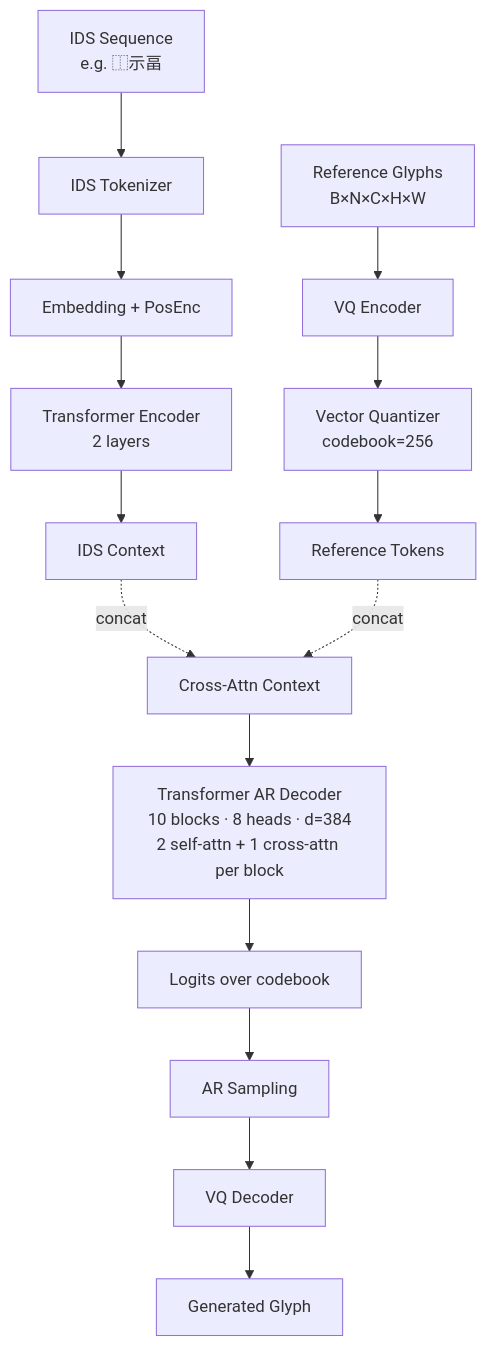
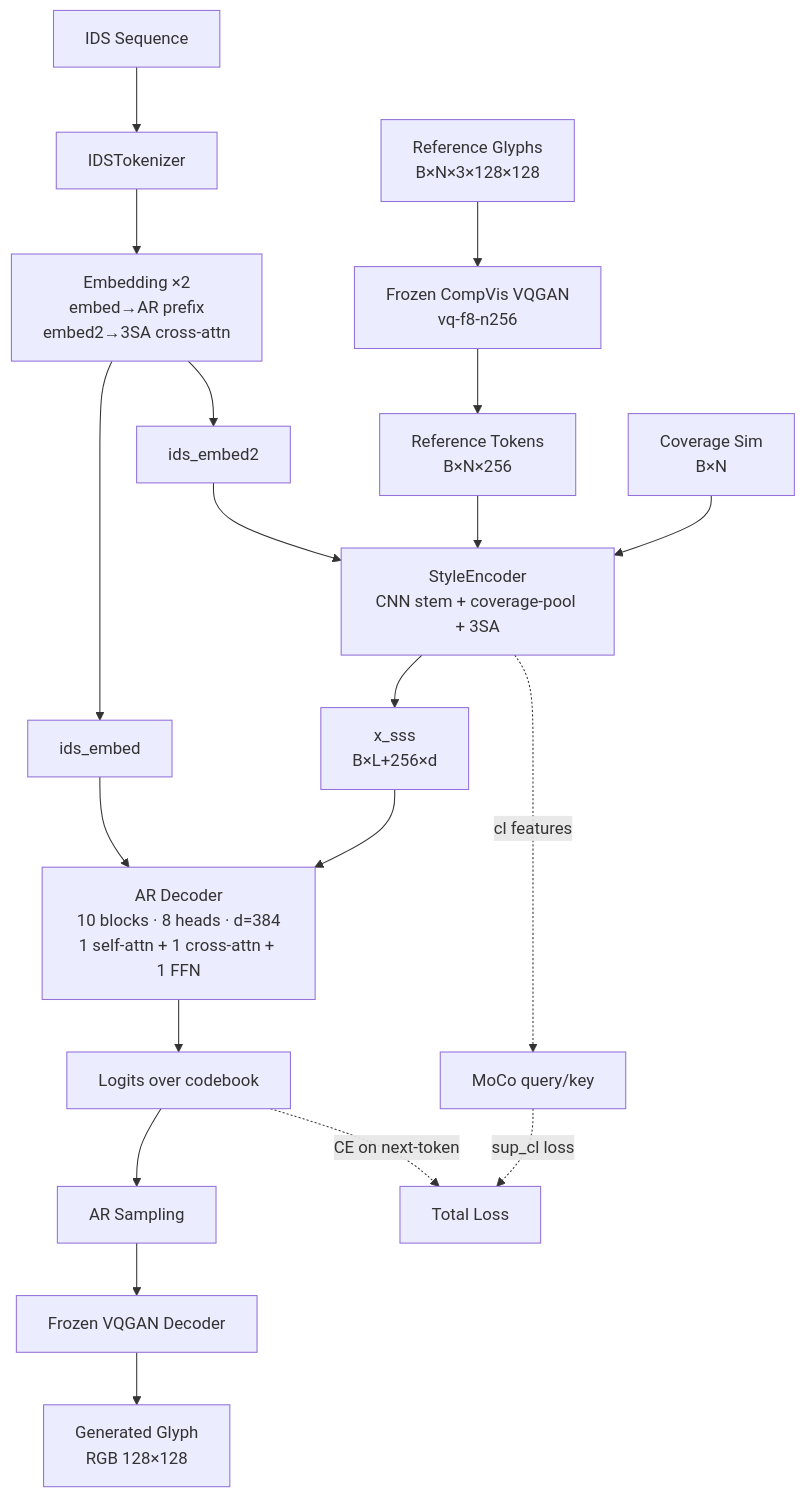
The diagram in papers/03_if_font/paper_notes/03.md (Ayueh0102/paper_reimpl), drawn with Mermaid before and after one commit. The commit also changed other lines of this file and 57 other files, not shown here.

First line of the commit message:
Phase 2 fixes: 4 papers aligned to official architecture

````diff
--- a/papers/03_if_font/paper_notes/03.md
+++ b/papers/03_if_font/paper_notes/03.md
@@ -17,17 +22,22 @@
 ```mermaid
 graph TD
-    R[Reference Glyphs<br/>B×N×C×H×W] --> VQE[VQ Encoder]
-    VQE --> Q[Vector Quantizer<br/>codebook=256]
-    Q --> RT[Reference Tokens]
-    IDS[IDS Sequence<br/>e.g. ⿰示畐] --> TOK[IDS Tokenizer]
-    TOK --> EMB[Embedding + PosEnc]
-    EMB --> TXTENC[Transformer Encoder<br/>2 layers]
-    TXTENC --> ICTX[IDS Context]
-    ICTX -. concat .-> CTX[Cross-Attn Context]
-    RT -. concat .-> CTX
-    CTX --> DEC[Transformer AR Decoder<br/>10 blocks · 8 heads · d=384<br/>2 self-attn + 1 cross-attn per block]
+    R[Reference Glyphs<br/>B×N×3×128×128] --> VQE[Frozen CompVis VQGAN<br/>vq-f8-n256]
+    VQE --> RT[Reference Tokens<br/>B×N×256]
+    IDS[IDS Sequence] --> TOK[IDSTokenizer]
+    TOK --> EMB[Embedding ×2<br/>embed→AR prefix<br/>embed2→3SA cross-attn]
+    EMB --> IE[ids_embed]
+    EMB --> IE2[ids_embed2]
+    COV[Coverage Sim<br/>B×N] --> SE
+    RT --> SE[StyleEncoder<br/>CNN stem + coverage-pool + 3SA]
+    IE2 --> SE
+    SE --> XSSS[x_sss<br/>B×L+256×d]
+    XSSS --> DEC[AR Decoder<br/>10 blocks · 8 heads · d=384<br/>1 self-attn + 1 cross-attn + 1 FFN]
+    IE --> DEC
     DEC --> LOG[Logits over codebook]
     LOG --> SAMP[AR Sampling]
-    SAMP --> VQD[VQ Decoder]
-    VQD --> OUT[Generated Glyph]
+    SAMP --> VQDEC[Frozen VQGAN Decoder]
+    VQDEC --> OUT[Generated Glyph<br/>RGB 128×128]
+    SE -. cl features .-> MOCO[MoCo query/key]
+    MOCO -. sup_cl loss .-> LOSS
+    LOG -. CE on next-token .-> LOSS[Total Loss]
 ```
````
